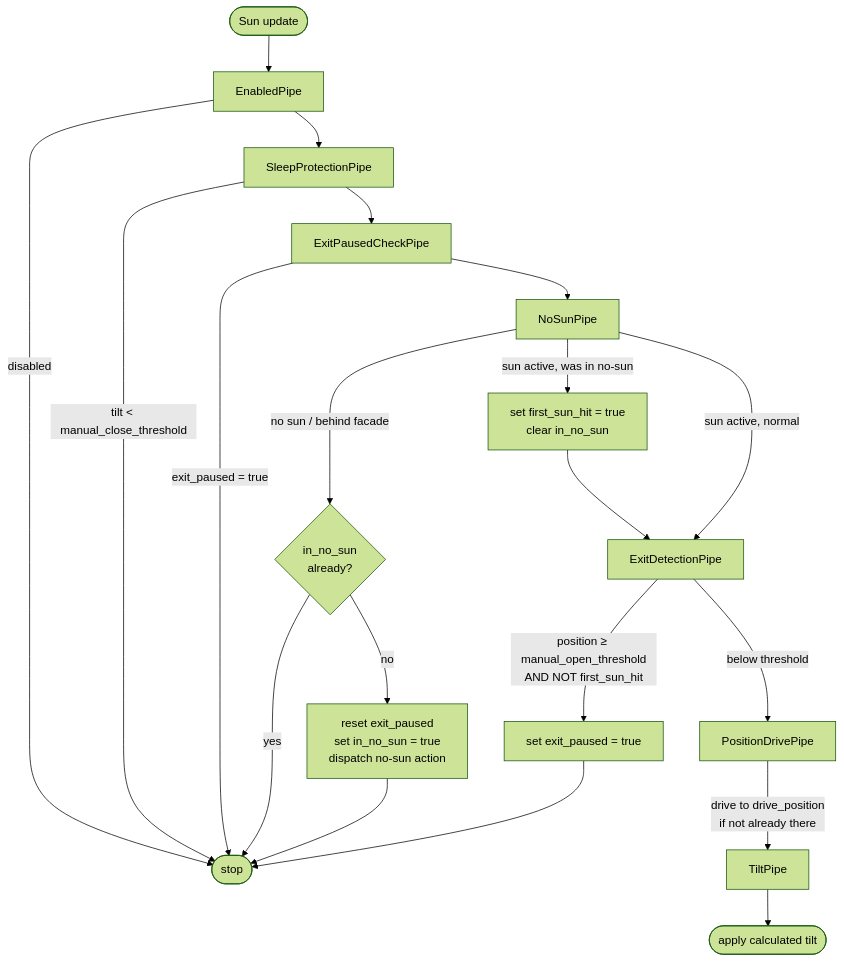
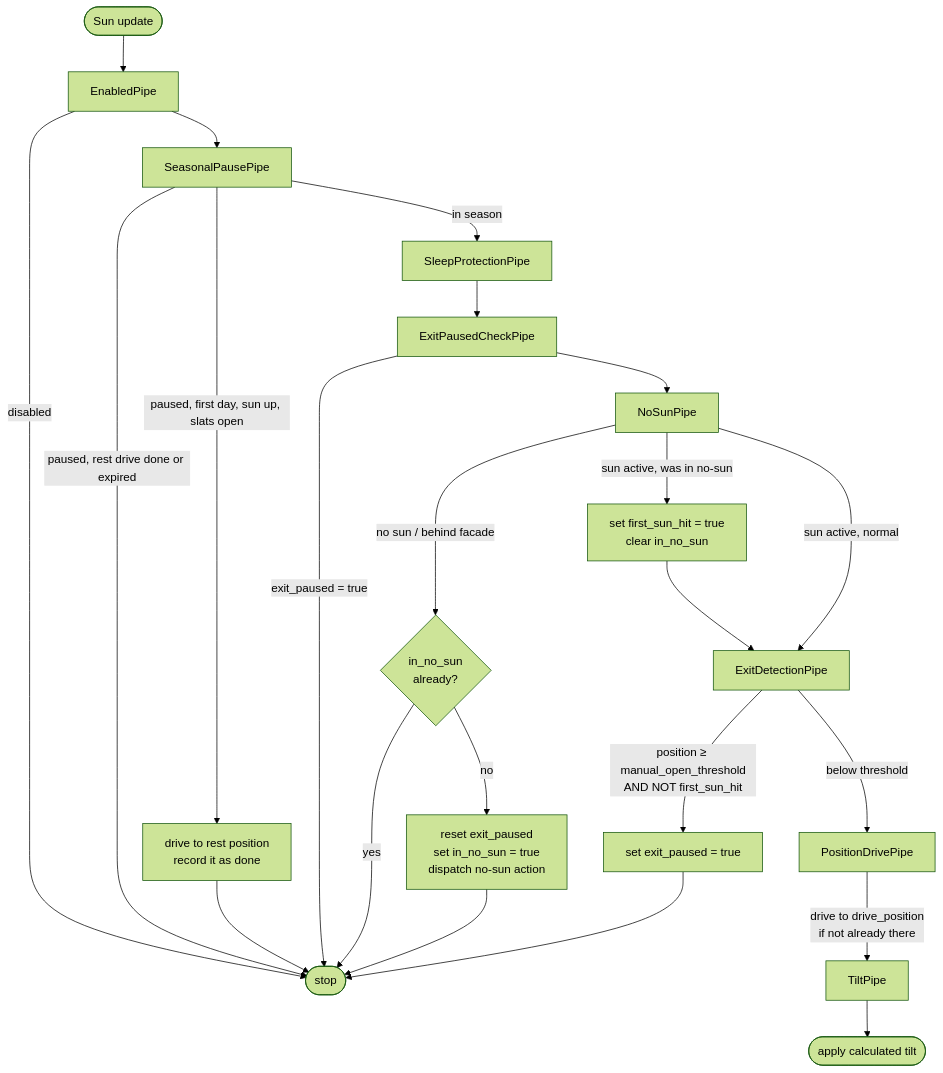
One commit to herpaderpaldent/ha-smart-venetian-blinds changed the diagram in docs/development/ARCHITECTURE.md. Above: the diagram before and after it, drawn with Mermaid (forest theme). The commit also changed other lines of this file and 36 other files, not shown here.

First line of the commit message:
feat: seasonal pause per window group (#108)

````diff
--- a/docs/development/ARCHITECTURE.md
+++ b/docs/development/ARCHITECTURE.md
@@ -124,24 +125,27 @@
 ```mermaid
 flowchart TD
     A([Sun update]) --> B[EnabledPipe]
     B -->|disabled| Z([stop])
-    B --> C[SleepProtectionPipe]
-    C -->|tilt &lt; manual_close_threshold| Z
+    B --> S[SeasonalPausePipe]
+    S -->|"paused, rest drive done or expired"| Z
+    S -->|"paused, first day, sun up, slats open"| S1["drive to rest position<br/>record it as done"]
+    S1 --> Z
+    S -->|in season| C[SleepProtectionPipe]
     C --> D[ExitPausedCheckPipe]
     D -->|exit_paused = true| Z
     D --> E[NoSunPipe]
 
     E -->|sun active, was in no-sun| E1["set first_sun_hit = true<br/>clear in_no_sun"]
     E1 --> F
     E -->|sun active, normal| F[ExitDetectionPipe]
     E -->|no sun / behind facade| E2{"in_no_sun<br/>already?"}
     E2 -->|yes| Z
     E2 -->|no| E3["reset exit_paused<br/>set in_no_sun = true<br/>dispatch no-sun action"]
     E3 --> Z
 
     F -->|"position ≥ manual_open_threshold<br/>AND NOT first_sun_hit"| F1[set exit_paused = true]
     F1 --> Z
     F -->|below threshold| G[PositionDrivePipe]
     G -->|"drive to drive_position<br/>if not already there"| H[TiltPipe]
     H --> I([apply calculated tilt])
 ```
````
